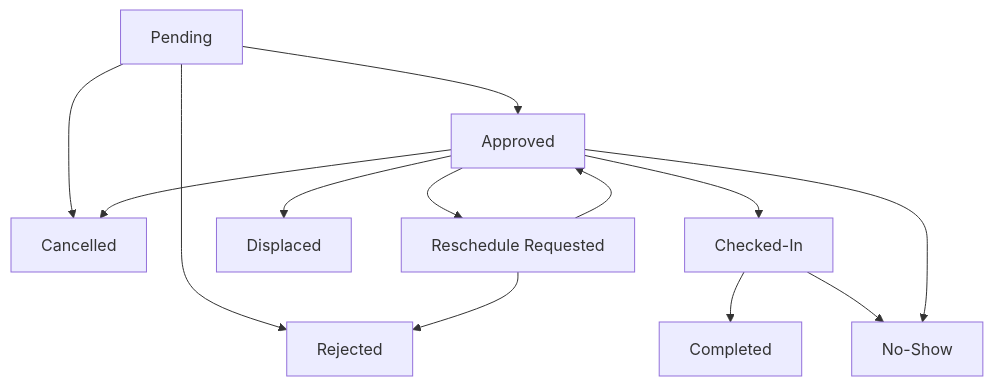
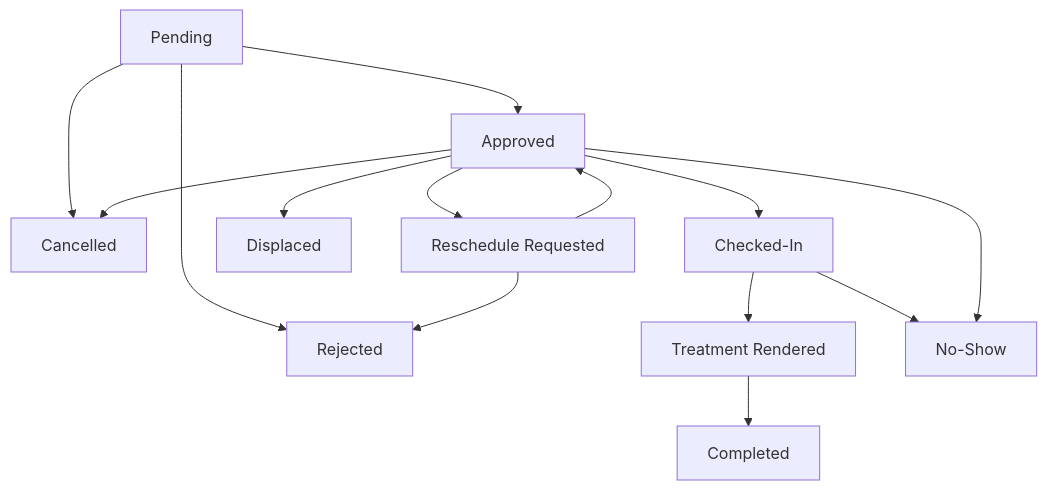
One commit to ChrstprJohn/SamsonDentalCenterWebsite changed the diagram in .CORE_DOCUMENTATION/SERVERLESS_ARCHI/1-BUSSINESS-PLAN/3-BOOKING/3-APPOINTMENT-STATUSES.md. Above: the diagram before and after it, drawn with Mermaid. The commit also changed other lines of this file and 10 other files, not shown here.

````diff
--- a/.CORE_DOCUMENTATION/SERVERLESS_ARCHI/1-BUSSINESS-PLAN/3-BOOKING/3-APPOINTMENT-STATUSES.md
+++ b/.CORE_DOCUMENTATION/SERVERLESS_ARCHI/1-BUSSINESS-PLAN/3-BOOKING/3-APPOINTMENT-STATUSES.md
@@ -29,18 +30,20 @@
 ```mermaid
 graph TD
     Pending --> Approved
     Pending --> Rejected
     Pending --> Cancelled
     
     Approved --> Cancelled
     Approved --> RescheduleReq[Reschedule Requested]
     Approved --> Displaced
     Approved --> CheckedIn[Checked-In]
     
     RescheduleReq --> Approved
     RescheduleReq --> Rejected
     
-    CheckedIn --> Completed
+    CheckedIn --> TreatmentRendered[Treatment Rendered]
     CheckedIn --> NoShow[No-Show]
     Approved --> NoShow
+
+    TreatmentRendered --> Completed
 ```
````
